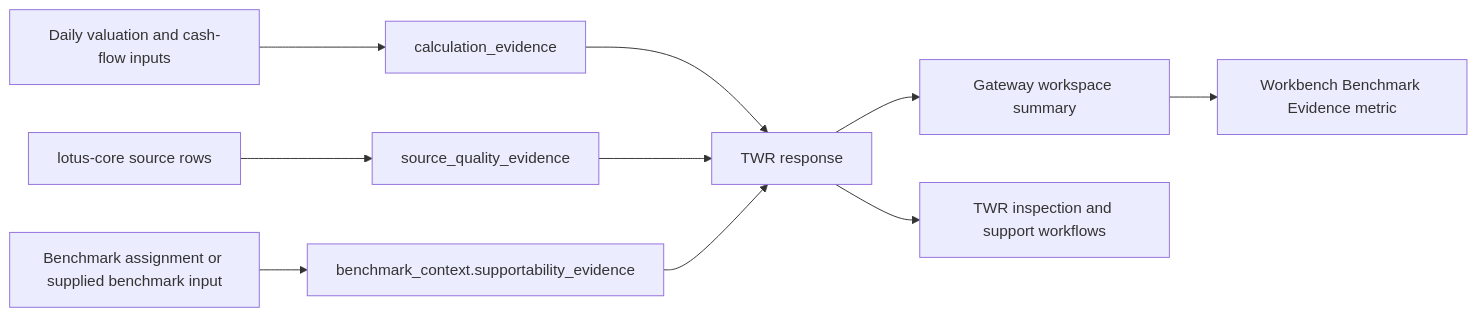
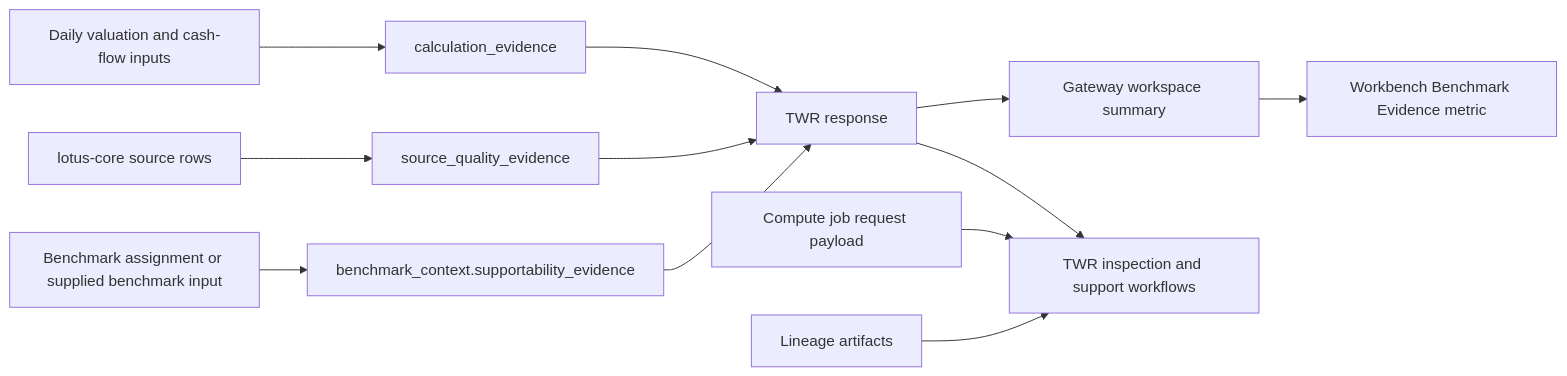
One commit to sgajbi/lotus-performance changed the second of 2 diagrams in wiki/Time-Weighted-Return.md. Above: the diagram before and after it, drawn with Mermaid. The commit also changed other lines of this file and 8 other files, not shown here.

````diff
--- a/wiki/Time-Weighted-Return.md
+++ b/wiki/Time-Weighted-Return.md
@@ -64,12 +70,14 @@
 ```mermaid
 flowchart LR
     A[Daily valuation and cash-flow inputs] --> B[calculation_evidence]
     C[lotus-core source rows] --> D[source_quality_evidence]
     E[Benchmark assignment or supplied benchmark input] --> F[benchmark_context.supportability_evidence]
     B --> G[TWR response]
     D --> G
     F --> G
     G --> H[Gateway workspace summary]
     H --> I[Workbench Benchmark Evidence metric]
     G --> J[TWR inspection and support workflows]
+    K[Compute job request payload] --> J
+    L[Lineage artifacts] --> J
 ```
````
